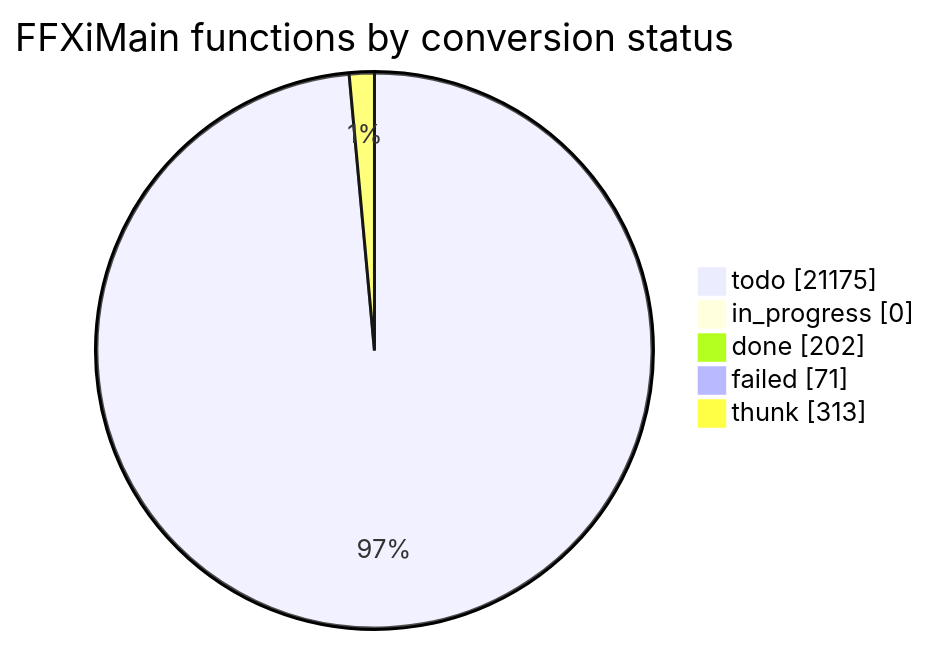
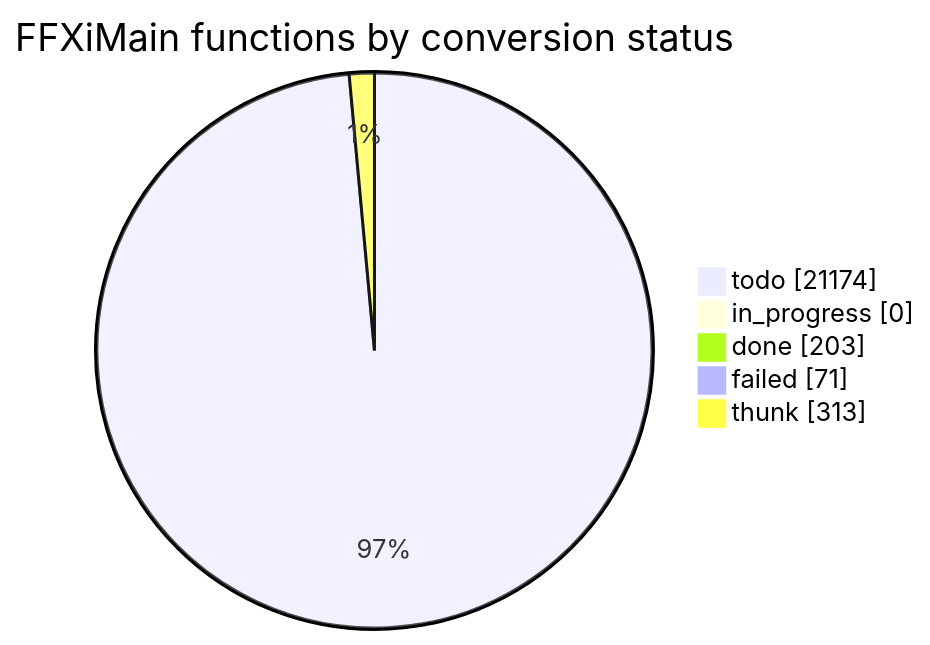
One commit to cowrevenge/cow_kuluu_xi_anything changed the diagram in docs/cow/STATUS.md. Above: the diagram before and after it, drawn with Mermaid. The commit also changed other lines of this file and 9 other files, not shown here.

````diff
--- a/docs/cow/STATUS.md
+++ b/docs/cow/STATUS.md
@@ -18,9 +18,9 @@
 ```mermaid
 pie showData
     title FFXiMain functions by conversion status
-    "todo" : 21175
+    "todo" : 21174
     "in_progress" : 0
-    "done" : 202
+    "done" : 203
     "failed" : 71
     "thunk" : 313
 ```
````
